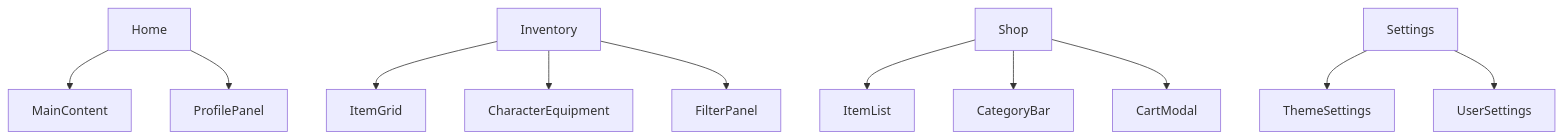
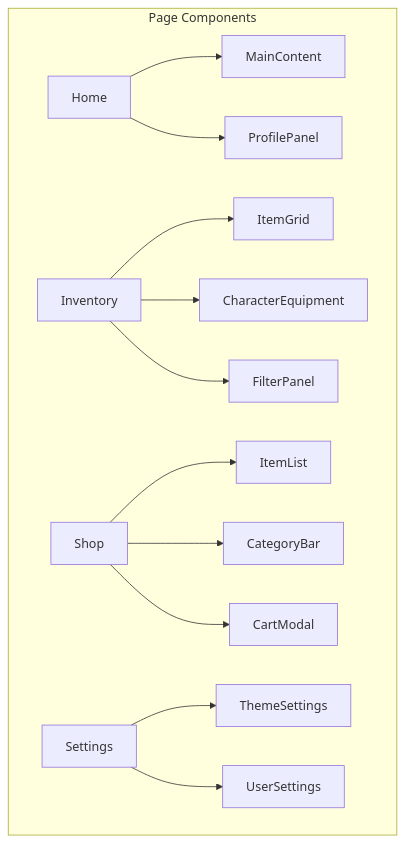
One commit to ma1iik/PlayerOne changed the fifth of 20 diagrams in FRONTEND_ARCHITECTURE.md. Above: the diagram before and after it, drawn with Mermaid. The commit also changed other lines of this file, not shown here.

````diff
--- a/FRONTEND_ARCHITECTURE.md
+++ b/FRONTEND_ARCHITECTURE.md
@@ -154,16 +154,18 @@
 ```mermaid
 graph TB
-    A[Home] --> B[MainContent]
-    A --> C[ProfilePanel]
-    
-    D[Inventory] --> E[ItemGrid]
-    D --> F[CharacterEquipment]
-    D --> G[FilterPanel]
-    
-    H[Shop] --> I[ItemList]
-    H --> J[CategoryBar]
-    H --> K[CartModal]
-    
-    L[Settings] --> M[ThemeSettings]
-    L --> N[UserSettings]
+    subgraph "Page Components"
+        A[Home] --> B[MainContent]
+        A --> C[ProfilePanel]
+        
+        D[Inventory] --> E[ItemGrid]
+        D --> F[CharacterEquipment]
+        D --> G[FilterPanel]
+        
+        H[Shop] --> I[ItemList]
+        H --> J[CategoryBar]
+        H --> K[CartModal]
+        
+        L[Settings] --> M[ThemeSettings]
+        L --> N[UserSettings]
+    end
 ```
````
